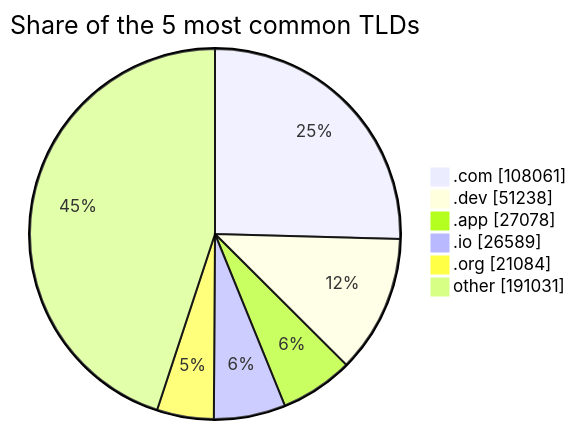
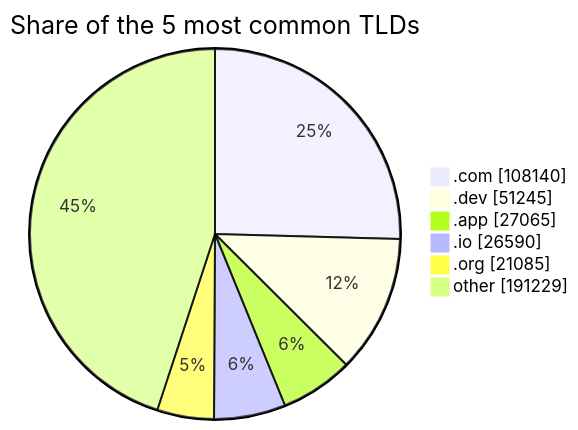
Before and after one commit to DNSBunker/CTI: the third of 3 diagrams in README.md, drawn with Mermaid. The commit also changed other lines of this file and 3 other files, not shown here.

````diff
--- a/README.md
+++ b/README.md
@@ -81,9 +81,9 @@
 ```mermaid
 pie showData title Share of the 5 most common TLDs
-    ".com" : 108061
-    ".dev" : 51238
-    ".app" : 27078
-    ".io" : 26589
-    ".org" : 21084
-    "other" : 191031
+    ".com" : 108140
+    ".dev" : 51245
+    ".app" : 27065
+    ".io" : 26590
+    ".org" : 21085
+    "other" : 191229
 ```
````
